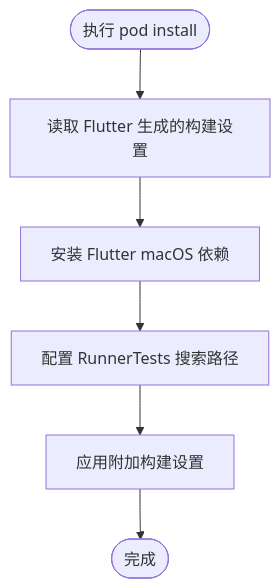
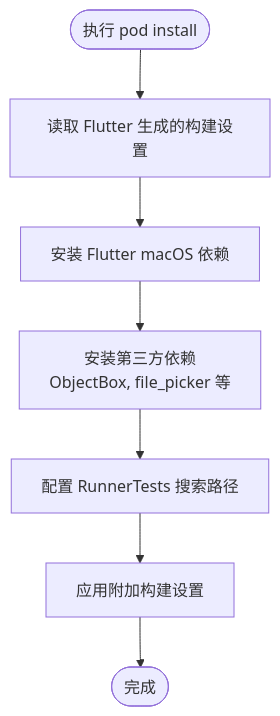
Before and after one commit to kongpf8848/objectbox_viewer: the third of 7 diagrams in .qoder/repowiki/zh/content/跨平台支持/macOS 平台支持.md, drawn with Mermaid. The commit also changed other lines of this file and 9 other files, not shown here.

````diff
--- a/.qoder/repowiki/zh/content/跨平台支持/macOS 平台支持.md
+++ b/.qoder/repowiki/zh/content/跨平台支持/macOS 平台支持.md
@@ -143,8 +154,9 @@
 ```mermaid
 flowchart TD
 Start(["执行 pod install"]) --> Setup["读取 Flutter 生成的构建设置"]
 Setup --> Install["安装 Flutter macOS 依赖"]
-Install --> Tests["配置 RunnerTests 搜索路径"]
+Install --> Pods["安装第三方依赖<br/>ObjectBox, file_picker 等"]
+Pods --> Tests["配置 RunnerTests 搜索路径"]
 Tests --> Post["应用附加构建设置"]
 Post --> Done(["完成"])
 ```
````
